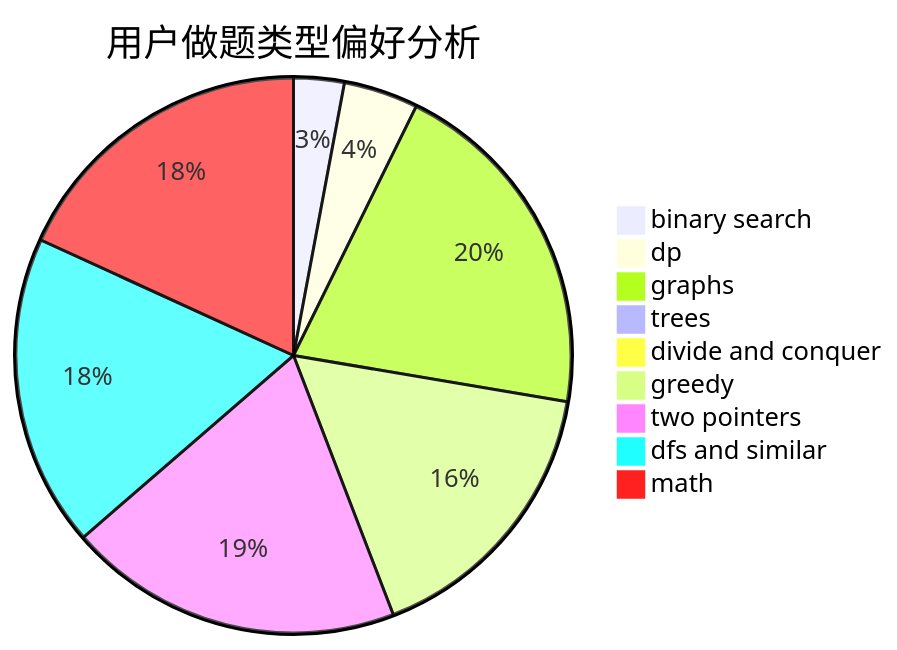
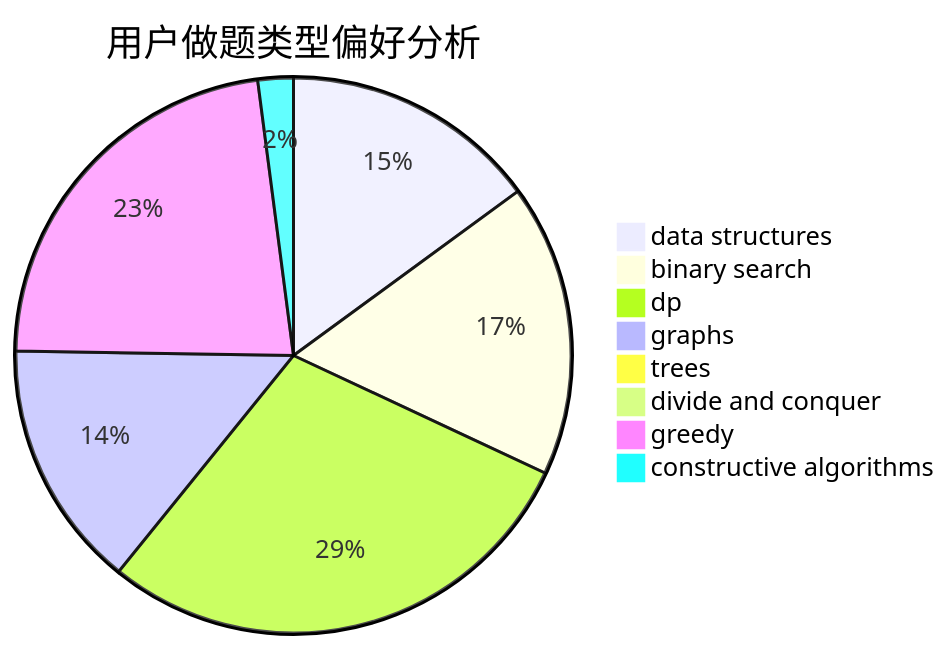
The second of 3 diagrams in docs/user/u1380.md (sherpahu/cfrs.github.io), drawn with Mermaid before and after one commit. The commit also changed other lines of this file and 2775 other files, not shown here.

````diff
--- a/docs/user/u1380.md
+++ b/docs/user/u1380.md
@@ -23,12 +23,11 @@
 ```mermaid
 pie title 用户做题类型偏好分析
-    "binary search" :  40
-    "dp" :  59
-    "graphs" :  277
-    "trees" :  11
+    "data structures" :  29
+    "binary search" :  33
+    "dp" :  56
+    "graphs" :  28
+    "trees" :  0
     "divide and conquer" :  0
-    "greedy" :  224
-    "two pointers" :  265
-    "dfs and similar" :  247
-    "math" :  247
+    "greedy" :  44
+    "constructive algorithms" :  4
 ```
````
